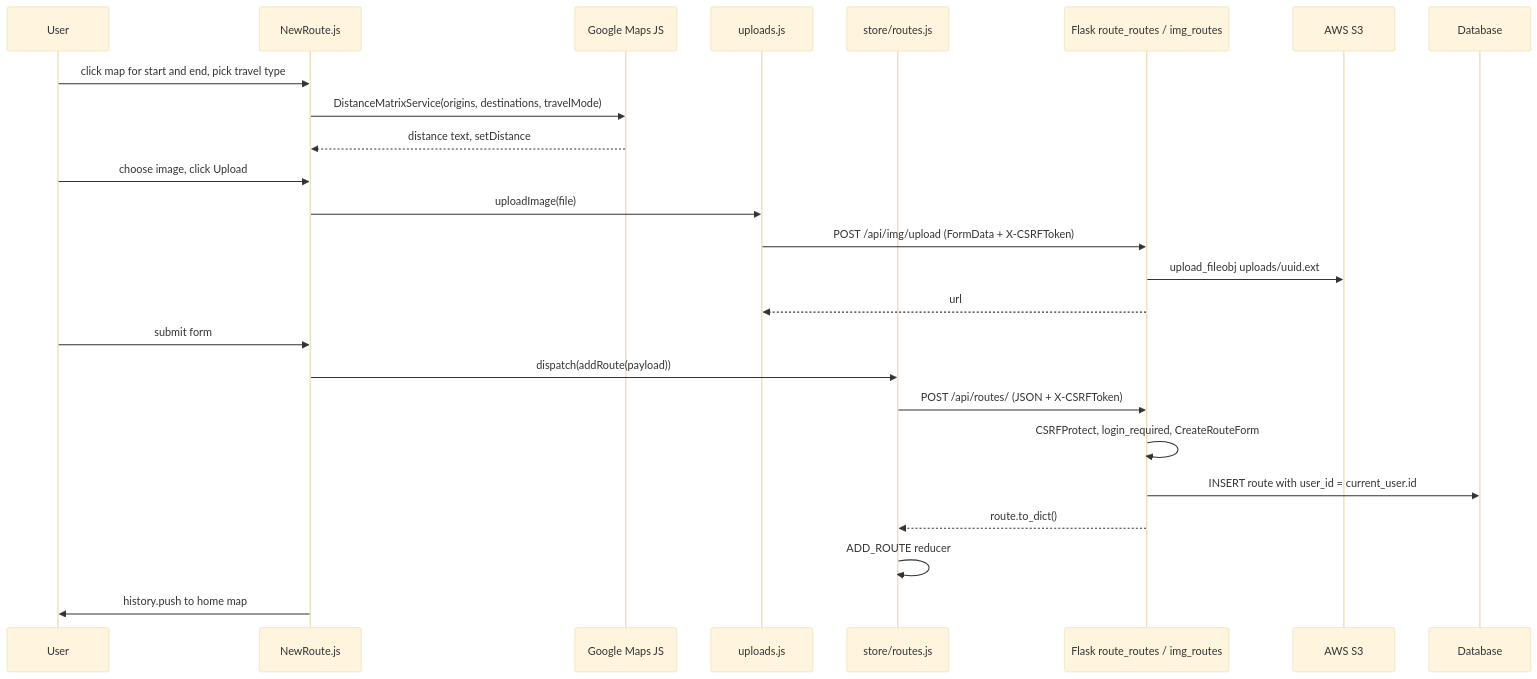
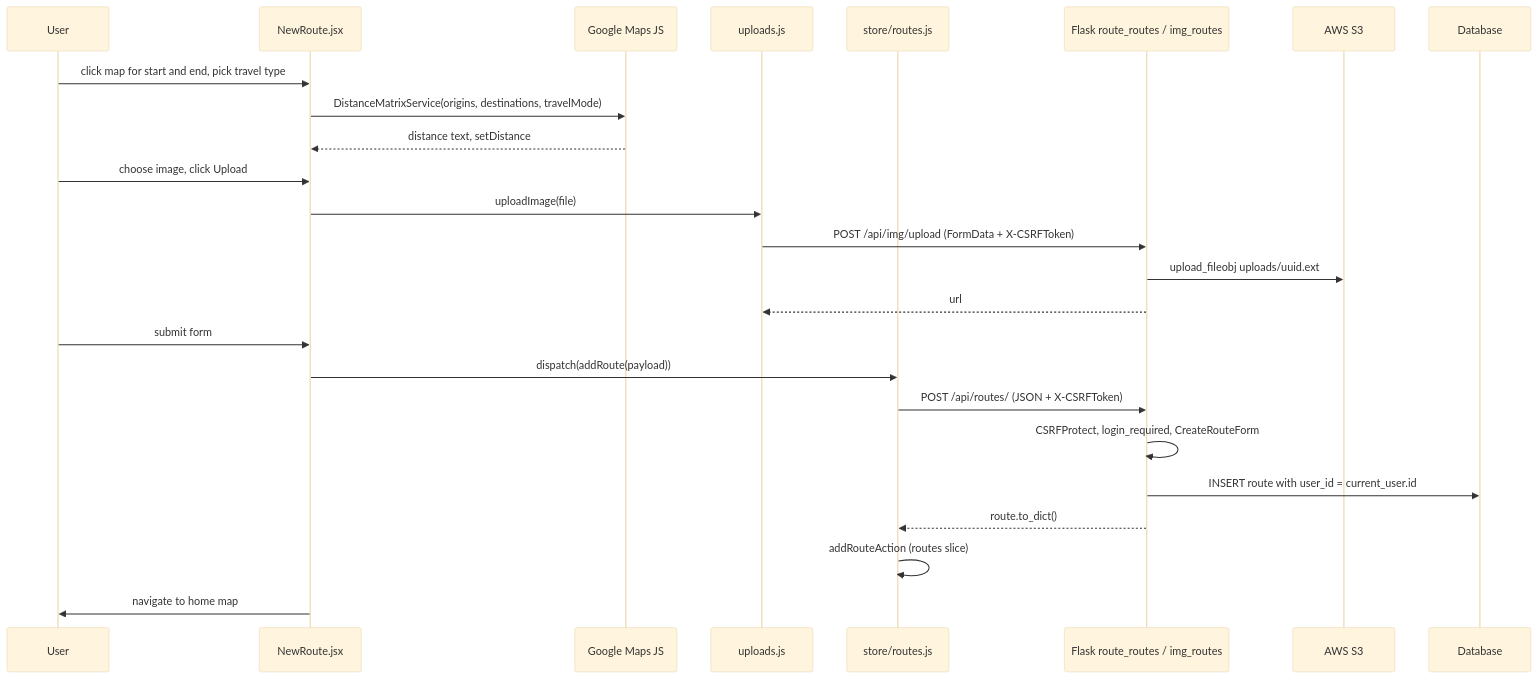
One commit to tyler-tor/Aktiv changed the fourth of 4 diagrams in docs/WALKTHROUGH.md. Above: the diagram before and after it, drawn with Mermaid (base theme). The commit also changed other lines of this file, not shown here.

````diff
--- a/docs/WALKTHROUGH.md
+++ b/docs/WALKTHROUGH.md
@@ -588,28 +618,28 @@
 ```mermaid
 sequenceDiagram
     participant U as User
-    participant NR as NewRoute.js
+    participant NR as NewRoute.jsx
     participant G as Google Maps JS
     participant UP as uploads.js
     participant RS as store/routes.js
     participant F as Flask route_routes / img_routes
     participant S3 as AWS S3
     participant DB as Database
 
     U->>NR: click map for start and end, pick travel type
     NR->>G: DistanceMatrixService(origins, destinations, travelMode)
     G-->>NR: distance text, setDistance
     U->>NR: choose image, click Upload
     NR->>UP: uploadImage(file)
     UP->>F: POST /api/img/upload (FormData + X-CSRFToken)
     F->>S3: upload_fileobj uploads/uuid.ext
     F-->>UP: url
     U->>NR: submit form
     NR->>RS: dispatch(addRoute(payload))
     RS->>F: POST /api/routes/ (JSON + X-CSRFToken)
     F->>F: CSRFProtect, login_required, CreateRouteForm
     F->>DB: INSERT route with user_id = current_user.id
     F-->>RS: route.to_dict()
-    RS->>RS: ADD_ROUTE reducer
-    NR->>U: history.push to home map
+    RS->>RS: addRouteAction (routes slice)
+    NR->>U: navigate to home map
 ```
````
